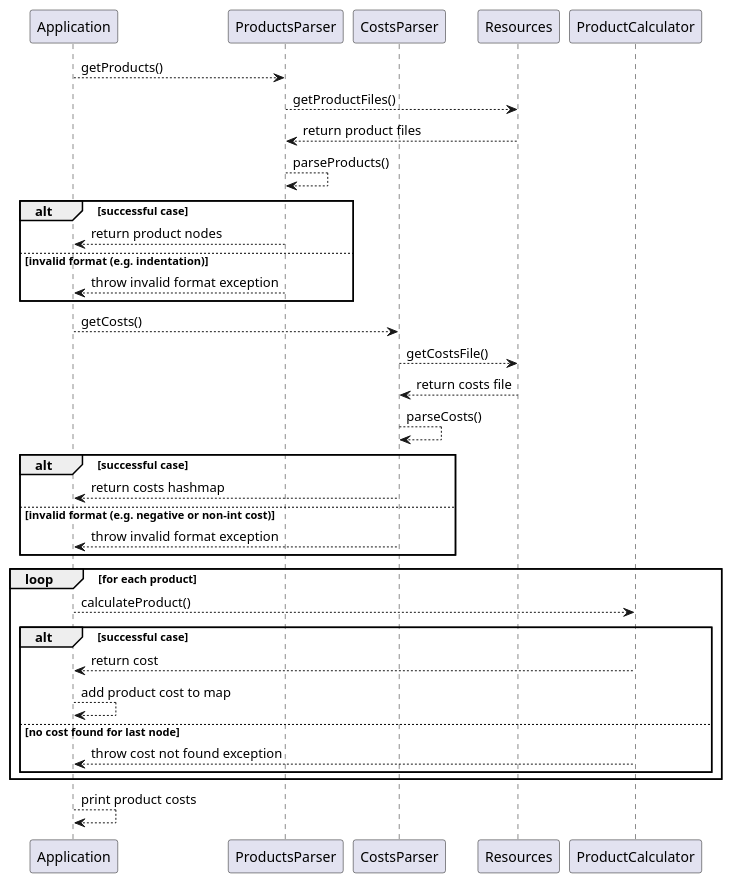
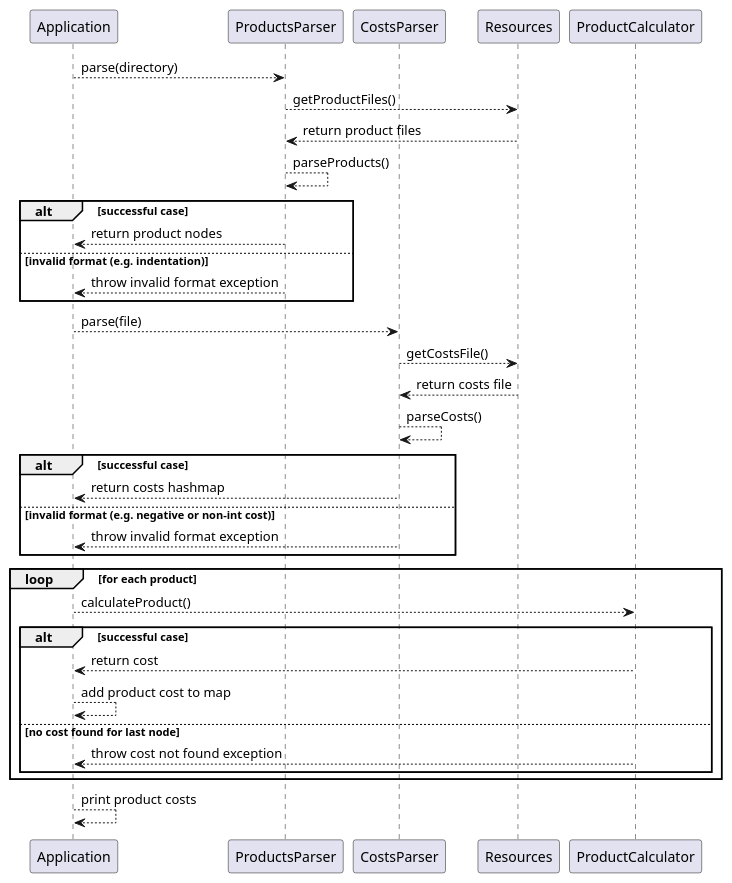
The diagram in docs/code/sequence-diagram.pu (Jack272Hughes/uni-data-structures-and-algorithms), drawn with PlantUML before and after one commit. The commit also changed 3 other files, not shown here.

```diff
--- a/docs/code/sequence-diagram.pu
+++ b/docs/code/sequence-diagram.pu
@@ -1,41 +1,41 @@
 @startuml
 
 participant Application
 participant ProductsParser
 participant CostsParser
 participant Resources
 participant ProductCalculator
 
-Application --> ProductsParser: getProducts()
+Application --> ProductsParser: parse(directory)
 ProductsParser --> Resources: getProductFiles()
 ProductsParser <-- Resources: return product files
 ProductsParser --> ProductsParser: parseProducts()
 alt successful case
   Application <-- ProductsParser: return product nodes
 else invalid format (e.g. indentation)
   Application <-- ProductsParser: throw invalid format exception
 end
 
-Application --> CostsParser: getCosts()
+Application --> CostsParser: parse(file)
 CostsParser --> Resources: getCostsFile()
 CostsParser <-- Resources: return costs file
 CostsParser --> CostsParser: parseCosts()
 alt successful case
   Application <-- CostsParser: return costs hashmap
 else invalid format (e.g. negative or non-int cost)
   Application <-- CostsParser: throw invalid format exception
 end
 
 loop for each product
   Application --> ProductCalculator: calculateProduct()
   alt successful case
     Application <-- ProductCalculator: return cost
     Application --> Application: add product cost to map
   else no cost found for last node
     Application <-- ProductCalculator: throw cost not found exception
   end
 end
 
 Application --> Application: print product costs
 
 @enduml
```
